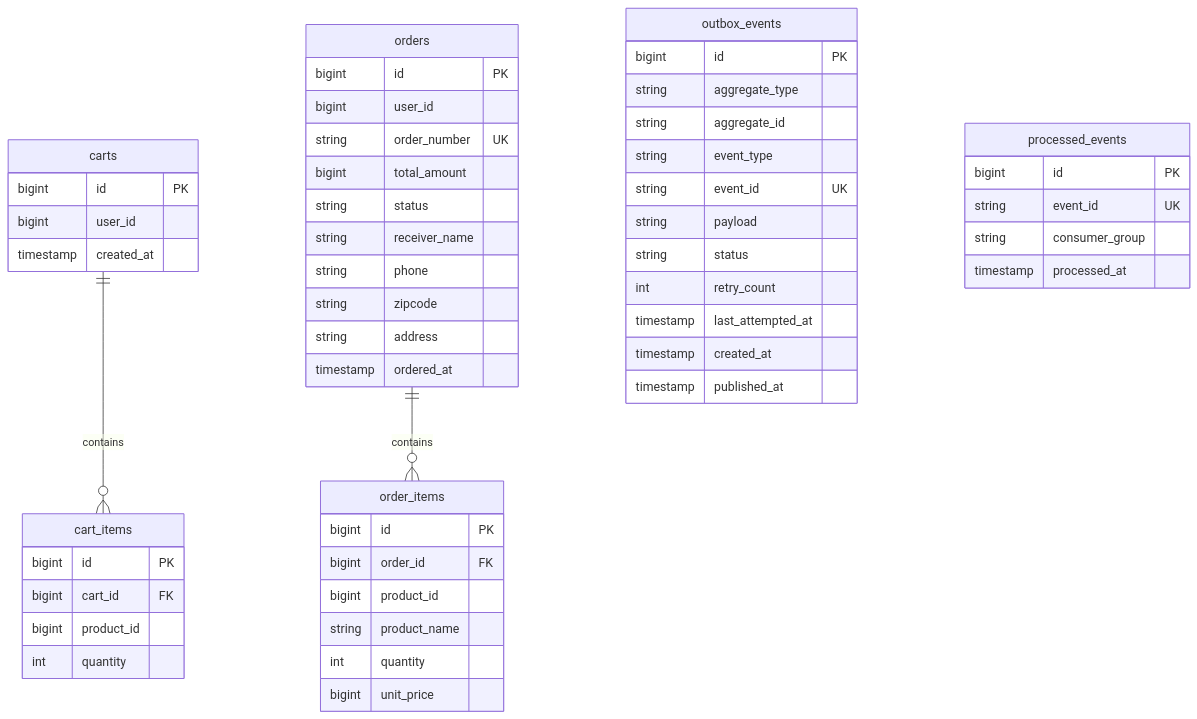
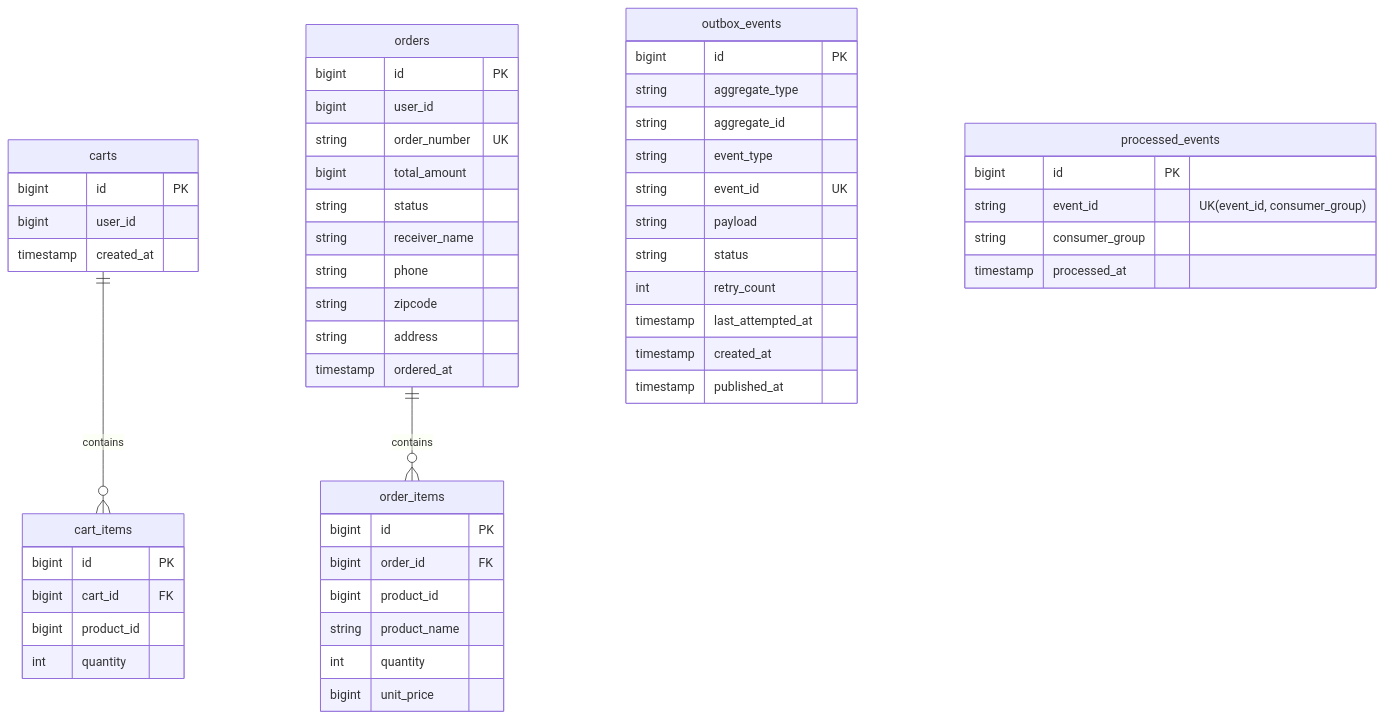
Before and after one commit to Kimgyuilli/PeakCart: the fifth of 7 diagrams in docs/05-data-design.md, drawn with Mermaid. The commit also changed other lines of this file and 2 other files, not shown here.

````diff
--- a/docs/05-data-design.md
+++ b/docs/05-data-design.md
@@ -251,55 +251,55 @@
 ```mermaid
 erDiagram
   carts {
     bigint id PK
     bigint user_id
     timestamp created_at
   }
   cart_items {
     bigint id PK
     bigint cart_id FK
     bigint product_id
     int quantity
   }
   orders {
     bigint id PK
     bigint user_id
     string order_number UK
     bigint total_amount
     string status
     string receiver_name
     string phone
     string zipcode
     string address
     timestamp ordered_at
   }
   order_items {
     bigint id PK
     bigint order_id FK
     bigint product_id
     string product_name
     int quantity
     bigint unit_price
   }
   outbox_events {
     bigint id PK
     string aggregate_type
     string aggregate_id
     string event_type
     string event_id UK
     string payload
     string status
     int retry_count
     timestamp last_attempted_at
     timestamp created_at
     timestamp published_at
   }
   processed_events {
     bigint id PK
-    string event_id UK
+    string event_id "UK(event_id, consumer_group)"
     string consumer_group
     timestamp processed_at
   }
   carts ||--o{ cart_items : contains
   orders ||--o{ order_items : contains
 ```
````
